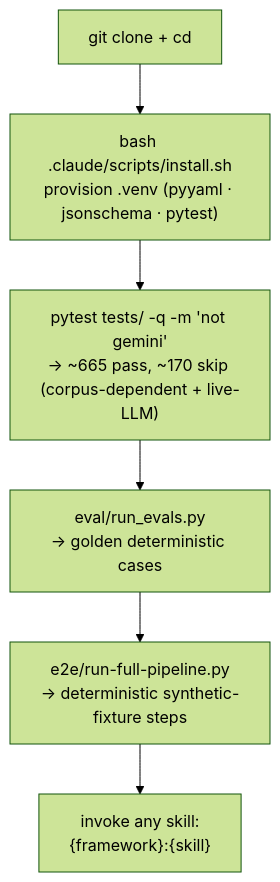
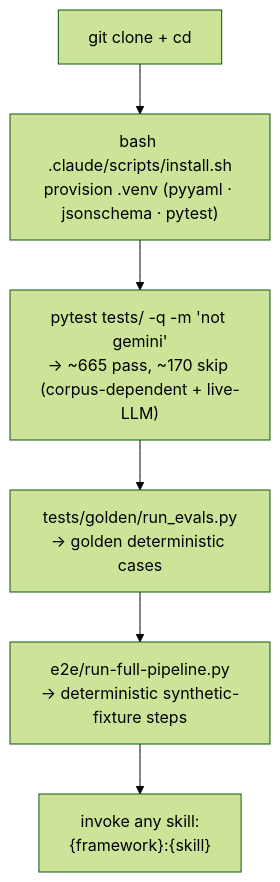
Before and after one commit to hieubui2409/human-analyzer: the fifth of 10 diagrams in README.md, drawn with Mermaid (forest theme). The commit also changed other lines of this file, not shown here.

````diff
--- a/README.md
+++ b/README.md
@@ -164,8 +172,8 @@
 ```mermaid
 flowchart TD
     S0["git clone + cd"] --> S1["bash .claude/scripts/install.sh<br/>provision .venv (pyyaml · jsonschema · pytest)"]
     S1 --> S2["pytest tests/ -q -m 'not gemini'<br/>→ ~665 pass, ~170 skip (corpus-dependent + live-LLM)"]
-    S2 --> S3["eval/run_evals.py<br/>→ golden deterministic cases"]
+    S2 --> S3["tests/golden/run_evals.py<br/>→ golden deterministic cases"]
     S3 --> S4["e2e/run-full-pipeline.py<br/>→ deterministic synthetic-fixture steps"]
     S4 --> S5["invoke any skill:<br/>{framework}:{skill}"]
 ```
````
